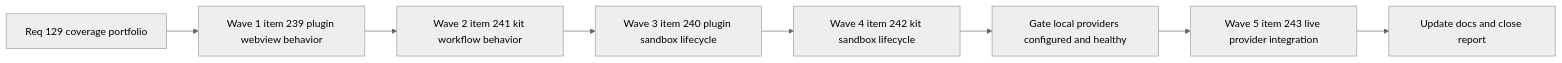
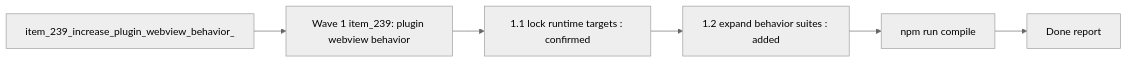
The diagram in logics/tasks/task_113_orchestration_delivery_for_req_129_plugin_and_kit_coverage_portfolio.md (AlexAgo83/logics-manager), drawn with Mermaid (neutral theme) before and after one commit. The commit also changed other lines of this file and 481 other files, not shown here.

````diff
--- a/logics/tasks/task_113_orchestration_delivery_for_req_129_plugin_and_kit_coverage_portfolio.md
+++ b/logics/tasks/task_113_orchestration_delivery_for_req_129_plugin_and_kit_coverage_portfolio.md
@@ -41,12 +41,10 @@
 ```mermaid
 %% logics-kind: task
 %% logics-signature: task|orchestration-delivery-for-req-129-plugi|item-239-increase-plugin-webview-behavio|wave-1-item-239-plugin-webview-behavior|npm-run-compile
 flowchart LR
-    Req[Req 129 coverage portfolio] --> W1[Wave 1 item 239 plugin webview behavior]
-    W1 --> W2[Wave 2 item 241 kit workflow behavior]
-    W2 --> W3[Wave 3 item 240 plugin sandbox lifecycle]
-    W3 --> W4[Wave 4 item 242 kit sandbox lifecycle]
-    W4 --> Gate[Gate local providers configured and healthy]
-    Gate --> W5[Wave 5 item 243 live provider integration]
-    W5 --> Final[Update docs and close report]
+    Backlog[item_239_increase_plugin_webview_behavior_] --> Step1[Wave 1 item_239: plugin webview behavior]
+    Step1 --> Step2[1.1 lock runtime targets : confirmed]
+    Step2 --> Step3[1.2 expand behavior suites : added]
+    Step3 --> Validation[npm run compile]
+    Validation --> Report[Done report]
 ```
````
